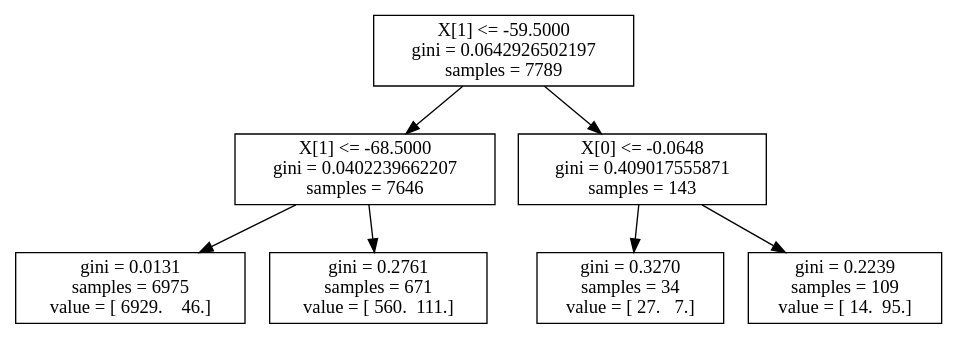
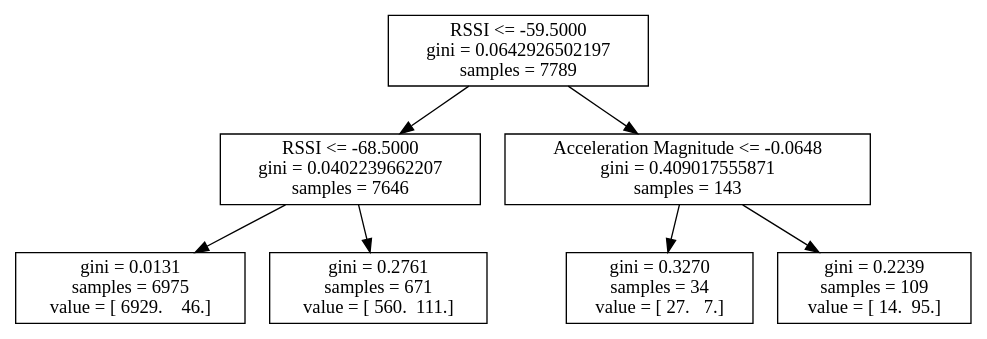
The diagram in logs/4_19/log1.dot (atitus5/6s062-Project), drawn with Graphviz before and after one commit. The commit also changed 73 other files, not shown here.

```diff
--- a/logs/4_19/log1.dot
+++ b/logs/4_19/log1.dot
@@ -1,15 +1,15 @@
 digraph Tree {
-0 [label="X[1] <= -59.5000\ngini = 0.0642926502197\nsamples = 7789", shape="box"] ;
-1 [label="X[1] <= -68.5000\ngini = 0.0402239662207\nsamples = 7646", shape="box"] ;
+0 [label="RSSI <= -59.5000\ngini = 0.0642926502197\nsamples = 7789", shape="box"] ;
+1 [label="RSSI <= -68.5000\ngini = 0.0402239662207\nsamples = 7646", shape="box"] ;
 0 -> 1 ;
 2 [label="gini = 0.0131\nsamples = 6975\nvalue = [ 6929.    46.]", shape="box"] ;
 1 -> 2 ;
 3 [label="gini = 0.2761\nsamples = 671\nvalue = [ 560.  111.]", shape="box"] ;
 1 -> 3 ;
-4 [label="X[0] <= -0.0648\ngini = 0.409017555871\nsamples = 143", shape="box"] ;
+4 [label="Acceleration Magnitude <= -0.0648\ngini = 0.409017555871\nsamples = 143", shape="box"] ;
 0 -> 4 ;
 5 [label="gini = 0.3270\nsamples = 34\nvalue = [ 27.   7.]", shape="box"] ;
 4 -> 5 ;
 6 [label="gini = 0.2239\nsamples = 109\nvalue = [ 14.  95.]", shape="box"] ;
 4 -> 6 ;
 }
```
